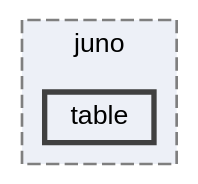
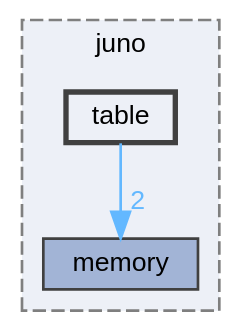
The diagram in dir_247cda594a1ab670a2704371990491e3_dep.dot (robinonsay/libjuno), drawn with Graphviz before and after one commit. The commit also changed 290 other files, not shown here.

```diff
--- a/dir_247cda594a1ab670a2704371990491e3_dep.dot
+++ b/dir_247cda594a1ab670a2704371990491e3_dep.dot
@@ -1,12 +1,14 @@
 digraph "/home/runner/work/libjuno/libjuno/include/juno/table"
 {
  // LATEX_PDF_SIZE
   bgcolor="transparent";
   edge [fontname=Helvetica,fontsize=10,labelfontname=Helvetica,labelfontsize=10];
   node [fontname=Helvetica,fontsize=10,shape=box,height=0.2,width=0.4];
   compound=true
   subgraph clusterdir_366da5caa8e7ec3e54d94764b6f022bc {
     graph [ bgcolor="#edf0f7", pencolor="grey50", label="juno", fontname=Helvetica,fontsize=10 style="filled,dashed", URL="dir_366da5caa8e7ec3e54d94764b6f022bc.html",tooltip=""]
+  dir_0ab7105f8cccca84cc3ec63bc4b5970d [label="memory", fillcolor="#a2b4d6", color="grey25", style="filled", URL="dir_0ab7105f8cccca84cc3ec63bc4b5970d.html",tooltip=""];
   dir_247cda594a1ab670a2704371990491e3 [label="table", fillcolor="#edf0f7", color="grey25", style="filled,bold", URL="dir_247cda594a1ab670a2704371990491e3.html",tooltip=""];
   }
+  dir_247cda594a1ab670a2704371990491e3->dir_0ab7105f8cccca84cc3ec63bc4b5970d [headlabel="2", labeldistance=1.5 headhref="dir_000010_000006.html" href="dir_000010_000006.html" color="steelblue1" fontcolor="steelblue1"];
 }
```
